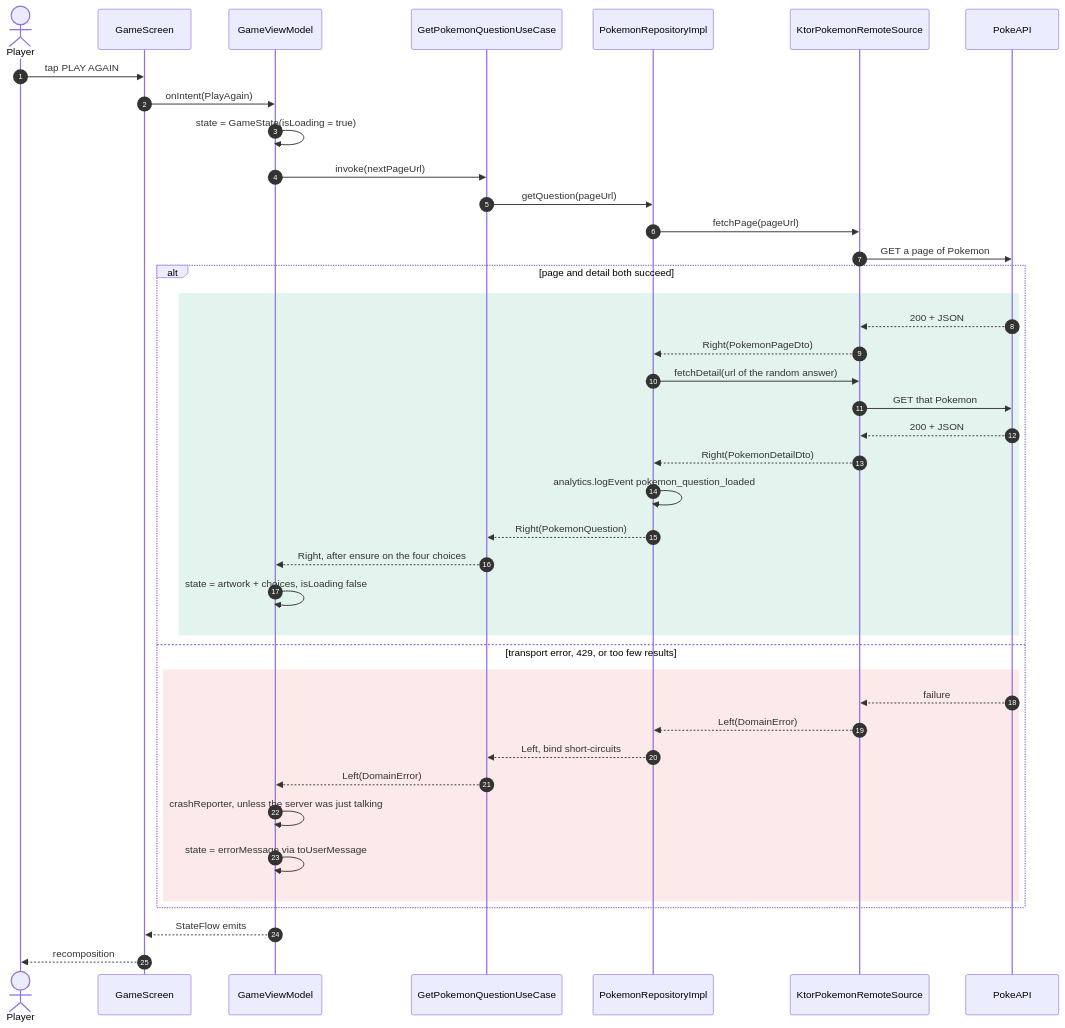
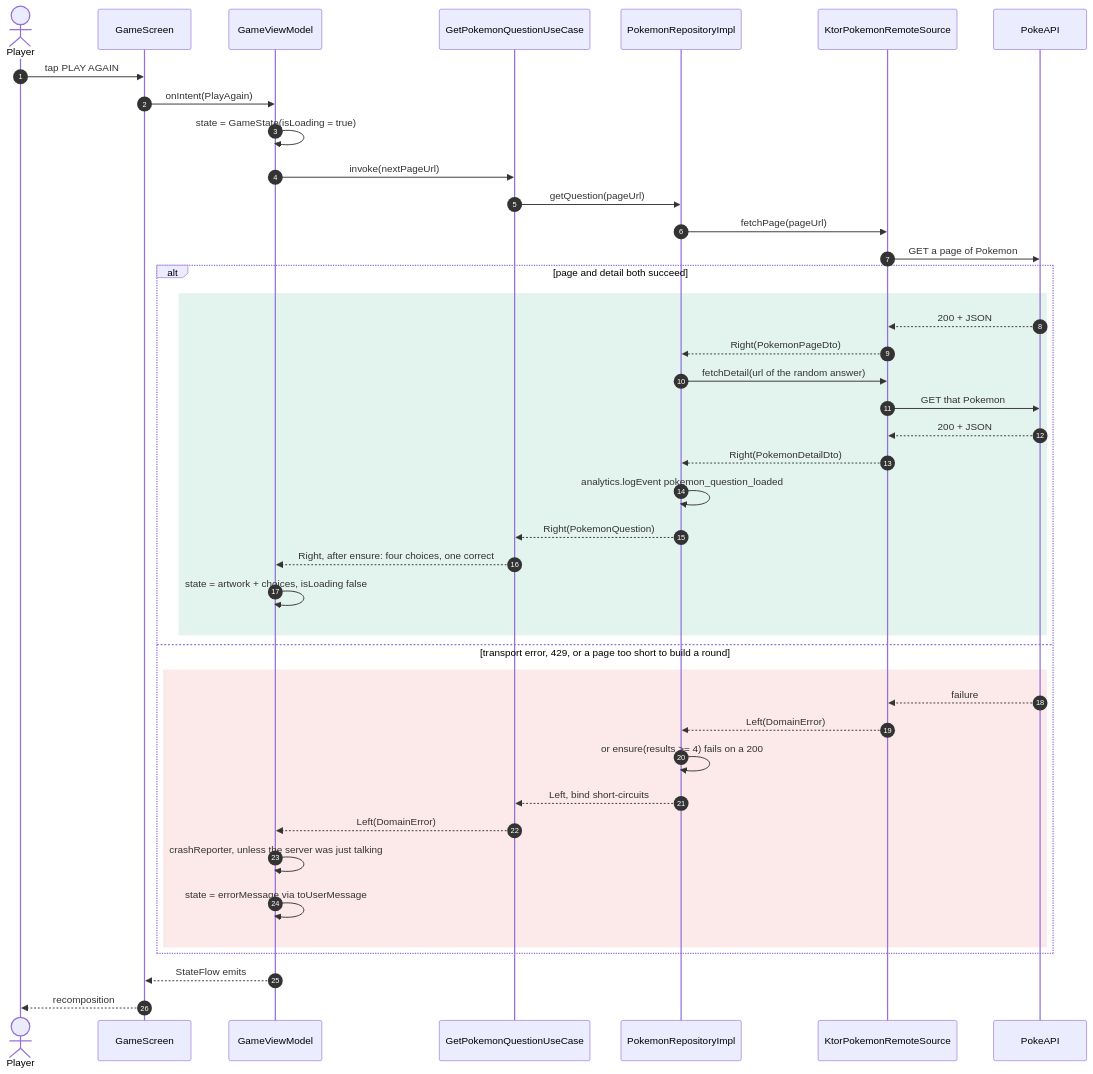
One commit to chrisjc29/PokeDexMulti changed the third of 3 diagrams in README.md. Above: the diagram before and after it, drawn with Mermaid. The commit also changed other lines of this file and 1 other file, not shown here.

````diff
--- a/README.md
+++ b/README.md
@@ -130,44 +144,45 @@
 ```mermaid
 sequenceDiagram
     autonumber
     actor Player
     participant S as GameScreen
     participant VM as GameViewModel
     participant UC as GetPokemonQuestionUseCase
     participant REPO as PokemonRepositoryImpl
     participant NET as KtorPokemonRemoteSource
     participant API as PokeAPI
 
     Player->>S: tap PLAY AGAIN
     S->>VM: onIntent(PlayAgain)
     VM->>VM: state = GameState(isLoading = true)
     VM->>UC: invoke(nextPageUrl)
     UC->>REPO: getQuestion(pageUrl)
     REPO->>NET: fetchPage(pageUrl)
     NET->>API: GET a page of Pokemon
     alt page and detail both succeed
         rect rgba(25, 158, 112, 0.12)
             API-->>NET: 200 + JSON
             NET-->>REPO: Right(PokemonPageDto)
             REPO->>NET: fetchDetail(url of the random answer)
             NET->>API: GET that Pokemon
             API-->>NET: 200 + JSON
             NET-->>REPO: Right(PokemonDetailDto)
             REPO->>REPO: analytics.logEvent pokemon_question_loaded
             REPO-->>UC: Right(PokemonQuestion)
-            UC-->>VM: Right, after ensure on the four choices
+            UC-->>VM: Right, after ensure: four choices, one correct
             VM->>VM: state = artwork + choices, isLoading false
         end
-    else transport error, 429, or too few results
+    else transport error, 429, or a page too short to build a round
         rect rgba(227, 73, 72, 0.12)
             API-->>NET: failure
             NET-->>REPO: Left(DomainError)
+            REPO->>REPO: or ensure(results >= 4) fails on a 200
             REPO-->>UC: Left, bind short-circuits
             UC-->>VM: Left(DomainError)
             VM->>VM: crashReporter, unless the server was just talking
             VM->>VM: state = errorMessage via toUserMessage
         end
     end
     VM-->>S: StateFlow emits
     S-->>Player: recomposition
 ```
````
